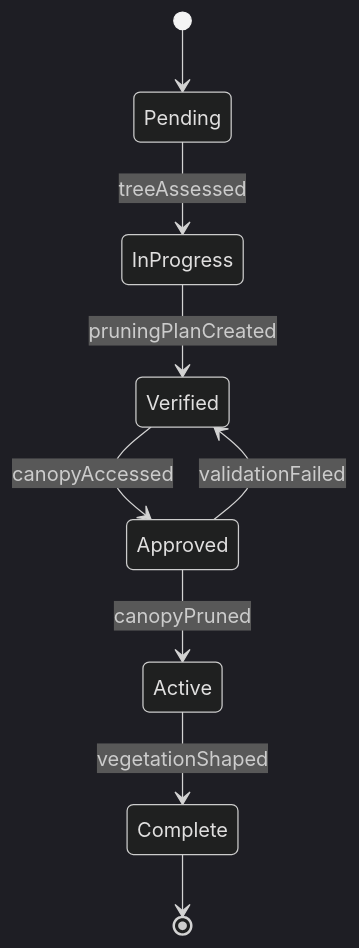
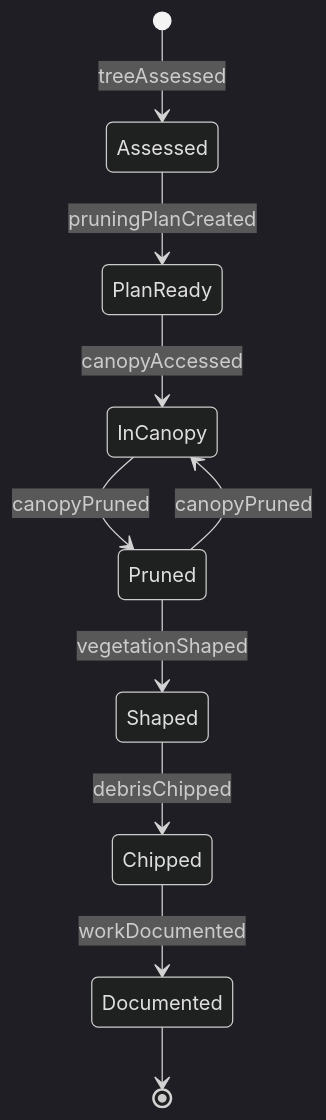
Before and after one commit to dot-org-ai/tasks.org.ai: the second of 4 diagrams in HandlingAndMovingObjects/CutTreesOrOtherVegetation/TrimTreesVegetation.mdx, drawn with Mermaid (dark theme). The commit also changed other lines of this file and 515 other files, not shown here.

````diff
--- a/HandlingAndMovingObjects/CutTreesOrOtherVegetation/TrimTreesVegetation.mdx
+++ b/HandlingAndMovingObjects/CutTreesOrOtherVegetation/TrimTreesVegetation.mdx
@@ -98,11 +99,12 @@
 ```mermaid
 stateDiagram-v2
-    [*] --> Pending
-    Pending --> InProgress : treeAssessed
-    InProgress --> Verified : pruningPlanCreated
-    Verified --> Approved : canopyAccessed
-    Approved --> Active : canopyPruned
-    Active --> Complete : vegetationShaped
-    Approved --> Verified : validationFailed
-    Complete --> [*]
+    [*] --> Assessed : treeAssessed
+    Assessed --> PlanReady : pruningPlanCreated
+    PlanReady --> InCanopy : canopyAccessed
+    InCanopy --> Pruned : canopyPruned
+    Pruned --> Shaped : vegetationShaped
+    Shaped --> Chipped : debrisChipped
+    Chipped --> Documented : workDocumented
+    Pruned --> InCanopy : canopyPruned
+    Documented --> [*]
 ```
````
